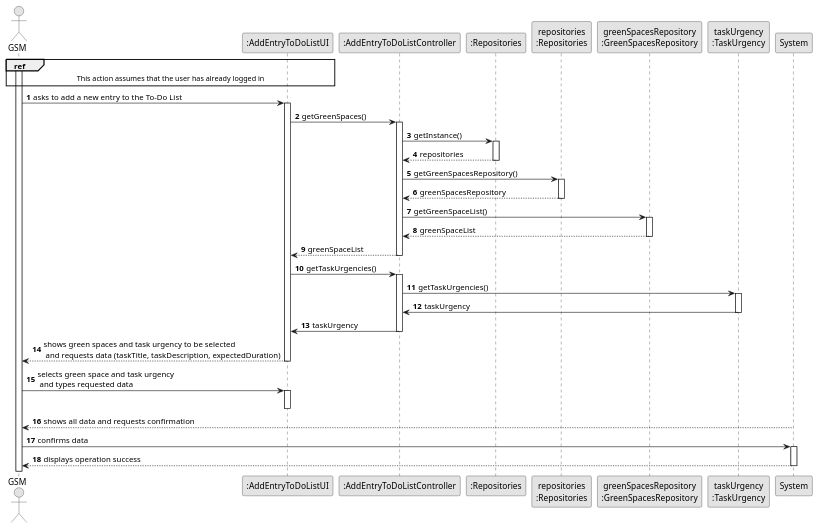
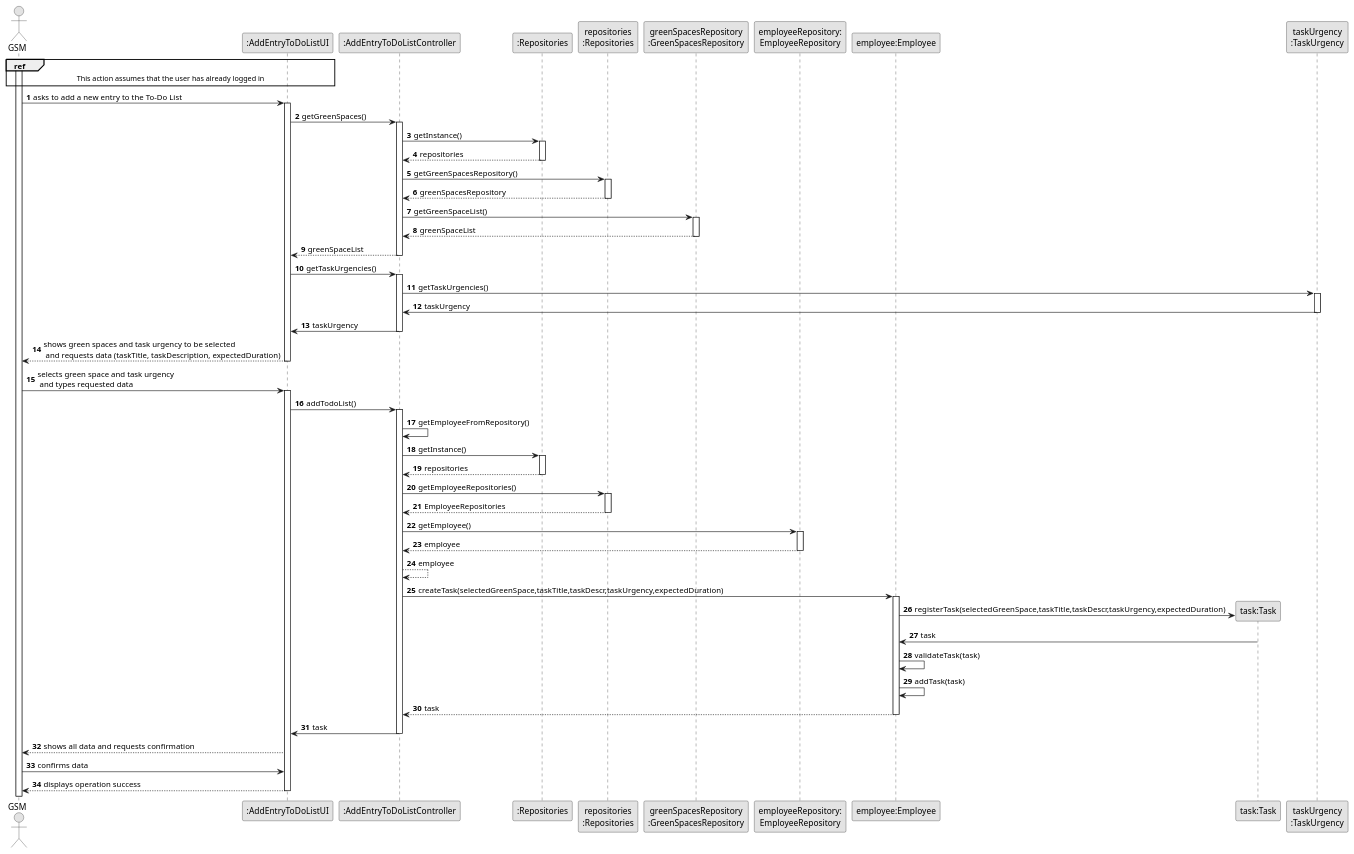
The diagram in docs/sprintC/US021/03.design/puml/us021-sequence-diagram-full.puml (LopemigueISEP/lei-24-s2-1nb-g312), drawn with PlantUML before and after one commit. The commit also changed 3 other files, not shown here.

```diff
--- a/docs/sprintC/US021/03.design/puml/us021-sequence-diagram-full.puml
+++ b/docs/sprintC/US021/03.design/puml/us021-sequence-diagram-full.puml
@@ -1,70 +1,96 @@
 @startuml
 skinparam monochrome true
 skinparam packageStyle rectangle
 skinparam shadowing false
 
 autonumber
 
 'hide footbox
 actor "GSM" as GSM
 participant ":AddEntryToDoListUI" as UI
 participant ":AddEntryToDoListController" as CTRL
 participant ":Repositories" as RepositorySingleton
 participant "repositories\n:Repositories" as PLAT
 participant "greenSpacesRepository\n:GreenSpacesRepository" as GreenSpacesRepository
+participant "employeeRepository:\nEmployeeRepository" as EmployeeRepository
+participant "employee:Employee" as employee
+participant "task:Task" as task
+
 participant "taskUrgency\n:TaskUrgency" as TaskUrgency
+'DUVIDA PARA O FOF ^
 
 
 ref over GSM, UI : This action assumes that the user has already logged in
 activate GSM
 
     GSM -> UI : asks to add a new entry to the To-Do List
     activate UI
         UI -> CTRL: getGreenSpaces()
         activate CTRL
             CTRL -> RepositorySingleton : getInstance()
             activate RepositorySingleton
 
                 RepositorySingleton --> CTRL: repositories
             deactivate RepositorySingleton
 
             CTRL -> PLAT : getGreenSpacesRepository()
             activate PLAT
 
                 PLAT --> CTRL: greenSpacesRepository
             deactivate PLAT
             CTRL -> GreenSpacesRepository: getGreenSpaceList()
             activate GreenSpacesRepository
                 GreenSpacesRepository --> CTRL: greenSpaceList
             deactivate GreenSpacesRepository
 
             CTRL --> UI : greenSpaceList
         deactivate CTRL
 
         UI -> CTRL: getTaskUrgencies()
         activate CTRL
             CTRL -> TaskUrgency : getTaskUrgencies()
             activate TaskUrgency
                 TaskUrgency -> CTRL: taskUrgency
             deactivate TaskUrgency
         CTRL -> UI : taskUrgency
         deactivate CTRL
     UI --> GSM : shows green spaces and task urgency to be selected\n and requests data (taskTitle, taskDescription, expectedDuration)
     deactivate UI
 
     GSM -> UI : selects green space and task urgency\n and types requested data
     activate UI
 
+        UI -> CTRL : addTodoList()
+        activate CTRL
+            CTRL->CTRL: getEmployeeFromRepository()
+            CTRL -> RepositorySingleton : getInstance()
+            activate RepositorySingleton
+                RepositorySingleton --> CTRL : repositories
+            deactivate RepositorySingleton
+        CTRL -> PLAT : getEmployeeRepositories()
+        activate PLAT
+            PLAT --> CTRL : EmployeeRepositories
+        deactivate PLAT
+        CTRL -> EmployeeRepository: getEmployee()
+        activate EmployeeRepository
+            EmployeeRepository -->CTRL: employee
+        deactivate EmployeeRepository
+        CTRL --> CTRL: employee
+        CTRL -> employee : createTask(selectedGreenSpace,taskTitle,taskDescr,taskUrgency,expectedDuration)
+        activate employee
+            employee -> task**: registerTask(selectedGreenSpace,taskTitle,taskDescr,taskUrgency,expectedDuration)
+            task -> employee: task
+            employee -> employee: validateTask(task)
+            employee -> employee: addTask(task)
+            employee --> CTRL: task
+        deactivate employee
+        CTRL -> UI: task
+
+    deactivate CTRL
+    UI --> GSM: shows all data and requests confirmation
+    GSM -> UI : confirms data
+    UI --> GSM : displays operation success
 
     deactivate UI
 
-        System --> GSM : shows all data and requests confirmation
-    deactivate System
-
-    GSM -> System : confirms data
-    activate System
-
-        System --> GSM : displays operation success
-    deactivate System
-
 @enduml
```
